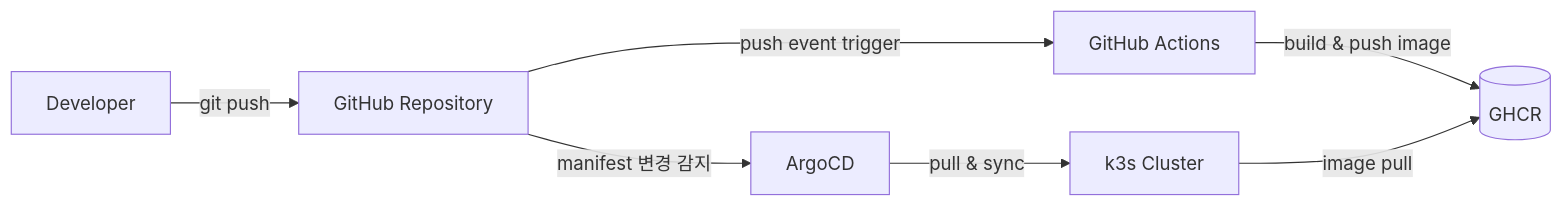
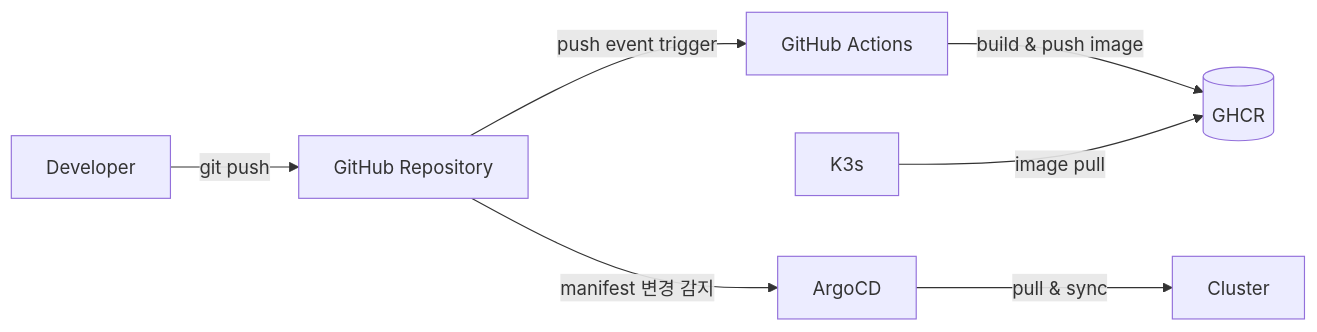
One commit to jaeylim/jaeylim-portfolio changed the first of 2 diagrams in cicd/README.md. Above: the diagram before and after it, drawn with Mermaid. The commit also changed other lines of this file and 1 other file, not shown here.

````diff
--- a/cicd/README.md
+++ b/cicd/README.md
@@ -17,9 +15,9 @@
 ```mermaid
 flowchart LR
     Dev[Developer] -->|git push| Repo[GitHub Repository]
     Repo -->|push event trigger| GHA[GitHub Actions]
     GHA -->|build & push image| GHCR[(GHCR)]
     Repo -->|manifest 변경 감지| Argo[ArgoCD]
-    Argo -->|pull & sync| K3s[k3s Cluster]
+    Argo -->|pull & sync| K8S[Cluster]
     K3s -->|image pull| GHCR
 ```
````
